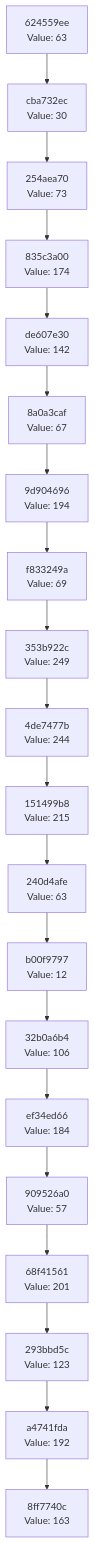
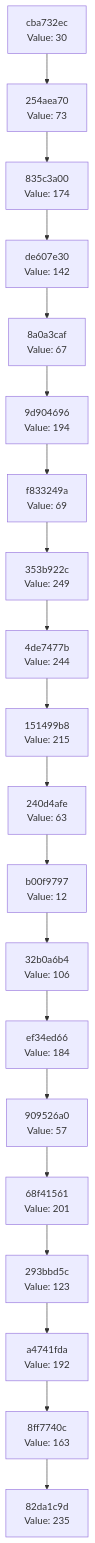
Before and after one commit to Abhisheksinha1506/hash-chain-evolver: the diagram in docs/CHAIN_VISUALIZATION.md, drawn with Mermaid. The commit also changed 2 other files, not shown here.

Commit message:
Evolution Step

````diff
--- a/docs/CHAIN_VISUALIZATION.md
+++ b/docs/CHAIN_VISUALIZATION.md
@@ -3,42 +3,42 @@
 ```mermaid
 graph TD
-    C0["8ff7740c<br/>Value: 163"]
-    C1["a4741fda<br/>Value: 192"]
+    C0["82da1c9d<br/>Value: 235"]
+    C1["8ff7740c<br/>Value: 163"]
     C1 --> C0
-    C2["293bbd5c<br/>Value: 123"]
+    C2["a4741fda<br/>Value: 192"]
     C2 --> C1
-    C3["68f41561<br/>Value: 201"]
+    C3["293bbd5c<br/>Value: 123"]
     C3 --> C2
-    C4["909526a0<br/>Value: 57"]
+    C4["68f41561<br/>Value: 201"]
     C4 --> C3
-    C5["ef34ed66<br/>Value: 184"]
+    C5["909526a0<br/>Value: 57"]
     C5 --> C4
-    C6["32b0a6b4<br/>Value: 106"]
+    C6["ef34ed66<br/>Value: 184"]
     C6 --> C5
-    C7["b00f9797<br/>Value: 12"]
+    C7["32b0a6b4<br/>Value: 106"]
     C7 --> C6
-    C8["240d4afe<br/>Value: 63"]
+    C8["b00f9797<br/>Value: 12"]
     C8 --> C7
-    C9["151499b8<br/>Value: 215"]
+    C9["240d4afe<br/>Value: 63"]
     C9 --> C8
-    C10["4de7477b<br/>Value: 244"]
+    C10["151499b8<br/>Value: 215"]
     C10 --> C9
-    C11["353b922c<br/>Value: 249"]
+    C11["4de7477b<br/>Value: 244"]
     C11 --> C10
-    C12["f833249a<br/>Value: 69"]
+    C12["353b922c<br/>Value: 249"]
     C12 --> C11
-    C13["9d904696<br/>Value: 194"]
+    C13["f833249a<br/>Value: 69"]
     C13 --> C12
-    C14["8a0a3caf<br/>Value: 67"]
+    C14["9d904696<br/>Value: 194"]
     C14 --> C13
-    C15["de607e30<br/>Value: 142"]
+    C15["8a0a3caf<br/>Value: 67"]
     C15 --> C14
-    C16["835c3a00<br/>Value: 174"]
+    C16["de607e30<br/>Value: 142"]
     C16 --> C15
-    C17["254aea70<br/>Value: 73"]
+    C17["835c3a00<br/>Value: 174"]
     C17 --> C16
-    C18["cba732ec<br/>Value: 30"]
+    C18["254aea70<br/>Value: 73"]
     C18 --> C17
-    C19["624559ee<br/>Value: 63"]
+    C19["cba732ec<br/>Value: 30"]
     C19 --> C18
 ```
````
